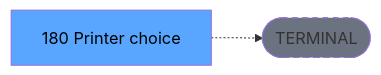
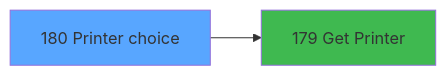
One commit to thonyAGP/magic-migration changed the third of 3 diagrams in .openspec/specs/ADH-IDE-180.md. Above: the diagram before and after it, drawn with Mermaid. The commit also changed other lines of this file and 253 other files, not shown here.

````diff
--- a/.openspec/specs/ADH-IDE-180.md
+++ b/.openspec/specs/ADH-IDE-180.md
@@ -138,8 +635,8 @@
 ```mermaid
 graph LR
-    T[180 Printer choice]
-    TERM([TERMINAL])
-    T -.-> TERM
-    style TERM fill:#6b7280,stroke-dasharray: 5 5
-    style T fill:#58a6ff,color:#000
+    T180[180 Printer choice]
+    style T180 fill:#58a6ff
+    C179[179 Get Printer]
+    T180 --> C179
+    style C179 fill:#3fb950
 ```
````
